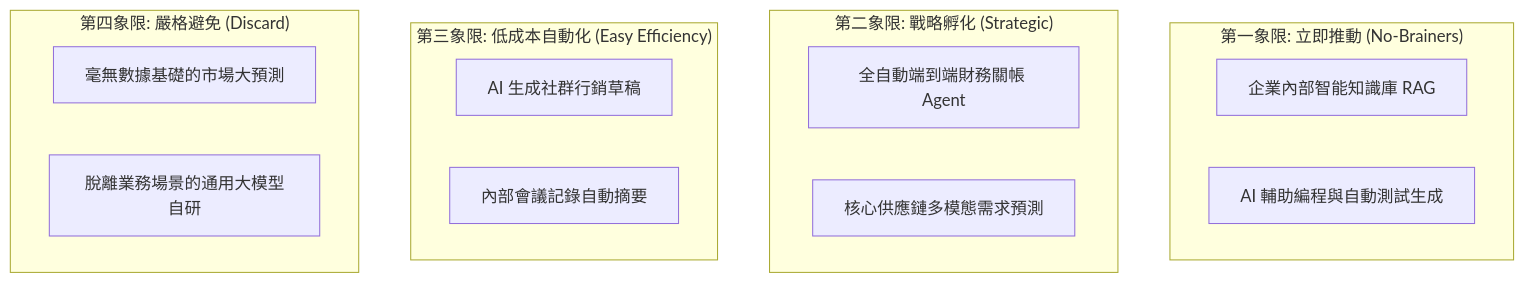
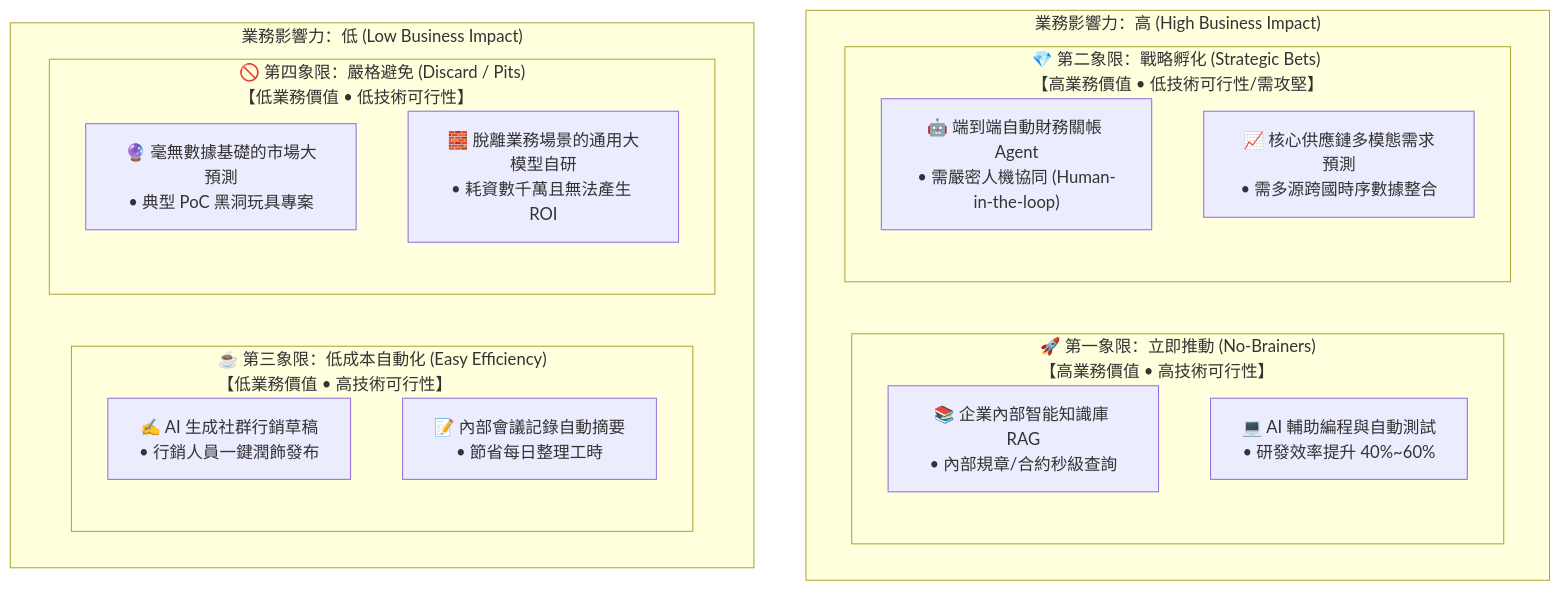
Before and after one commit to billy1030/digital-tranformation-learning: the third of 3 diagrams in 04-ai-and-agentic-dx-acceleration.md, drawn with Mermaid. The commit also changed other lines of this file and 1 other file, not shown here.

Commit message:
refactor(mermaid): redesign diagram 04.3 into a 2x2 grid with strategic decision playbook table

````diff
--- a/04-ai-and-agentic-dx-acceleration.md
+++ b/04-ai-and-agentic-dx-acceleration.md
@@ -101,22 +101,32 @@
 ```mermaid
 flowchart TD
-    subgraph Q1["第一象限: 立即推動 (No-Brainers)"]
-        A1["企業內部智能知識庫 RAG"]
-        A2["AI 輔助編程與自動測試生成"]
+    subgraph TOP["業務影響力：高 (High Business Impact)"]
+        direction LR
+        subgraph Q1["🚀 第一象限：立即推動 (No-Brainers)<br/>【高業務價值 • 高技術可行性】"]
+            direction TB
+            A1["📚 企業內部智能知識庫 RAG<br/>• 內部規章/合約秒級查詢"]
+            A2["💻 AI 輔助編程與自動測試<br/>• 研發效率提升 40%~60%"]
+        end
+
+        subgraph Q2["💎 第二象限：戰略孵化 (Strategic Bets)<br/>【高業務價值 • 低技術可行性/需攻堅】"]
+            direction TB
+            B1["🤖 端到端自動財務關帳 Agent<br/>• 需嚴密人機協同 (Human-in-the-loop)"]
+            B2["📈 核心供應鏈多模態需求預測<br/>• 需多源跨國時序數據整合"]
+        end
     end
 
-    subgraph Q2["第二象限: 戰略孵化 (Strategic)"]
-        B1["全自動端到端財務關帳 Agent"]
-        B2["核心供應鏈多模態需求預測"]
-    end
+    subgraph BTM["業務影響力：低 (Low Business Impact)"]
+        direction LR
+        subgraph Q3["☕ 第三象限：低成本自動化 (Easy Efficiency)<br/>【低業務價值 • 高技術可行性】"]
+            direction TB
+            C1["✍️ AI 生成社群行銷草稿<br/>• 行銷人員一鍵潤飾發布"]
+            C2["📝 內部會議記錄自動摘要<br/>• 節省每日整理工時"]
+        end
 
-    subgraph Q3["第三象限: 低成本自動化 (Easy Efficiency)"]
-        C1["AI 生成社群行銷草稿"]
-        C2["內部會議記錄自動摘要"]
-    end
-
-    subgraph Q4["第四象限: 嚴格避免 (Discard)"]
-        D1["毫無數據基礎的市場大預測"]
-        D2["脫離業務場景的通用大模型自研"]
+        subgraph Q4["🚫 第四象限：嚴格避免 (Discard / Pits)<br/>【低業務價值 • 低技術可行性】"]
+            direction TB
+            D1["🔮 毫無數據基礎的市場大預測<br/>• 典型 PoC 黑洞玩具專案"]
+            D2["🧱 脫離業務場景的通用大模型自研<br/>• 耗資數千萬且無法產生 ROI"]
+        end
     end
 ```
````
